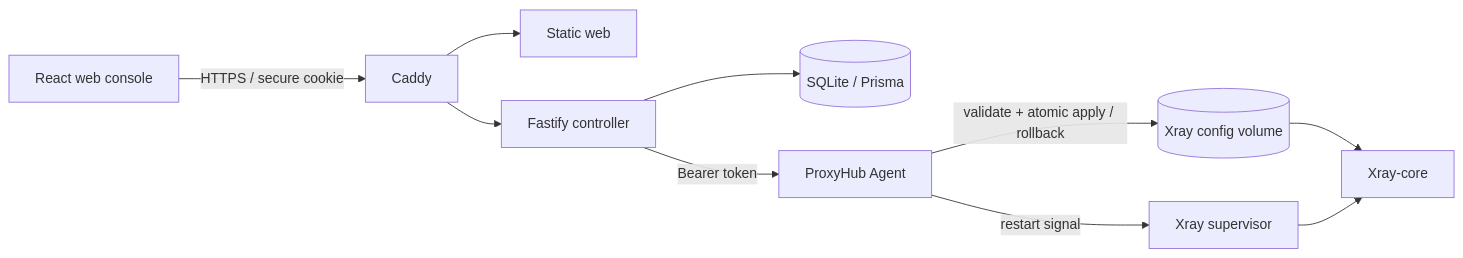
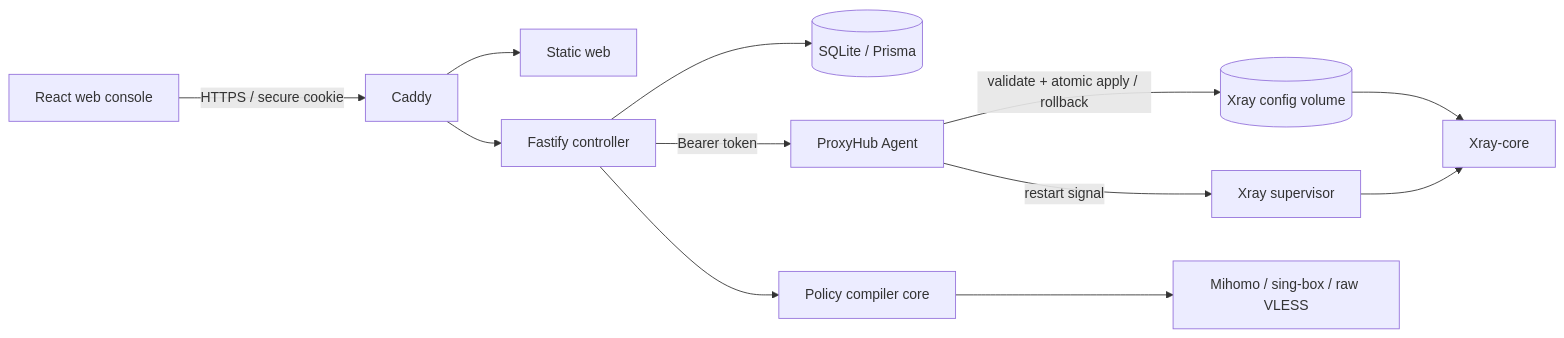
The diagram in README.md (TNMMDLA/ProxyHub), drawn with Mermaid before and after one commit. The commit also changed other lines of this file and 44 other files, not shown here.

````diff
--- a/README.md
+++ b/README.md
@@ -37,12 +41,14 @@
 ```mermaid
 flowchart LR
   Browser["React web console"] -->|HTTPS / secure cookie| Caddy
   Caddy --> Web["Static web"]
   Caddy --> API["Fastify controller"]
   API --> DB[("SQLite / Prisma")]
   API -->|Bearer token| Agent["ProxyHub Agent"]
   Agent -->|validate + atomic apply / rollback| Config[("Xray config volume")]
   Agent -->|restart signal| Supervisor["Xray supervisor"]
   Config --> Xray["Xray-core"]
   Supervisor --> Xray
+  API --> Policy["Policy compiler core"]
+  Policy --> Sub["Mihomo / sing-box / raw VLESS"]
 ```
````
